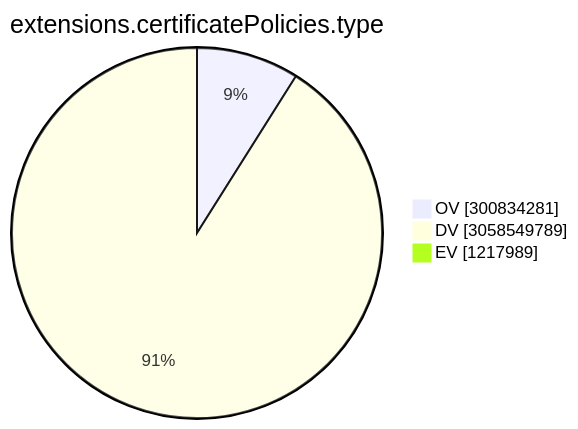
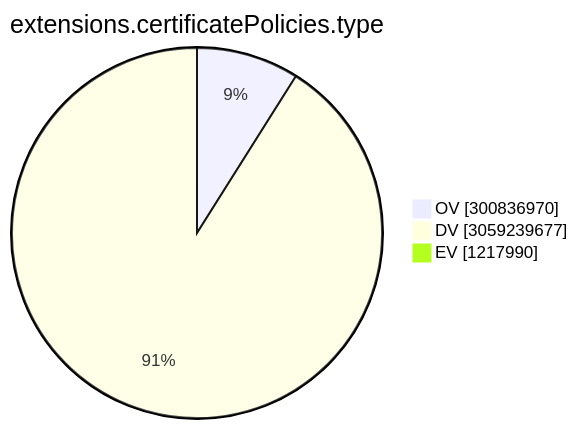
Before and after one commit to christiankrug/ctmonitor_visualization: the ninth of 15 diagrams in TOTAL/README.md, drawn with Mermaid. The commit also changed other lines of this file, not shown here.

````diff
--- a/TOTAL/README.md
+++ b/TOTAL/README.md
@@ -3102,7 +3102,7 @@
 ```mermaid
 pie showData
 title extensions.certificatePolicies.type
-"OV" :300834281
-"DV" :3058549789
-"EV" :1217989
+"OV" :300836970
+"DV" :3059239677
+"EV" :1217990
 ```
````
